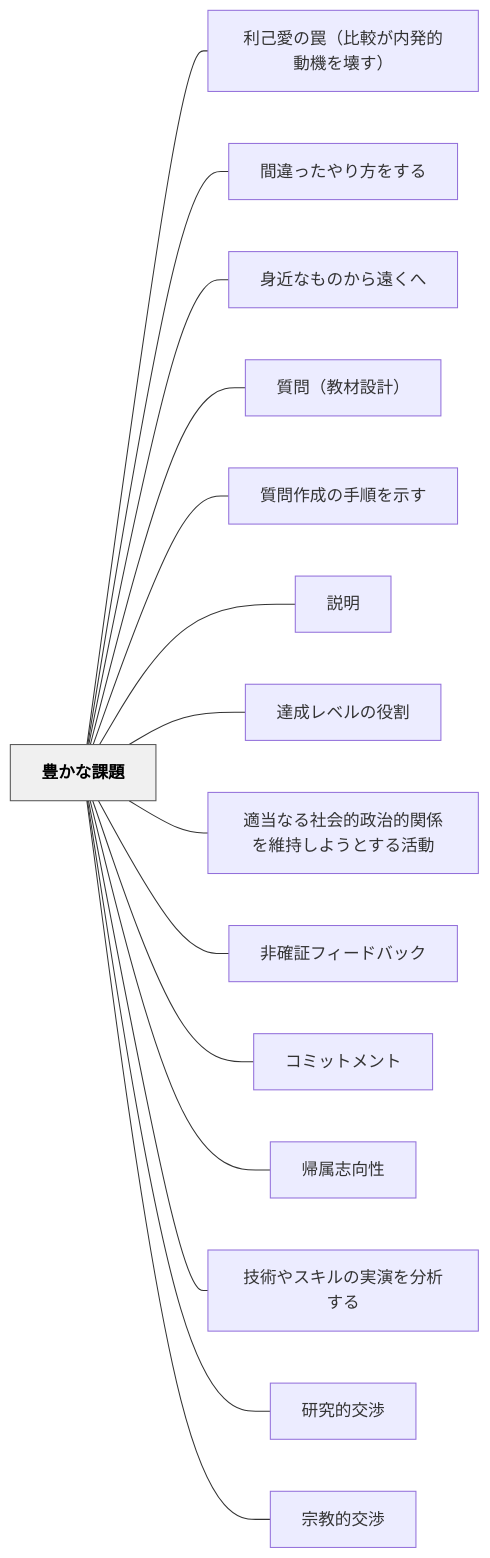
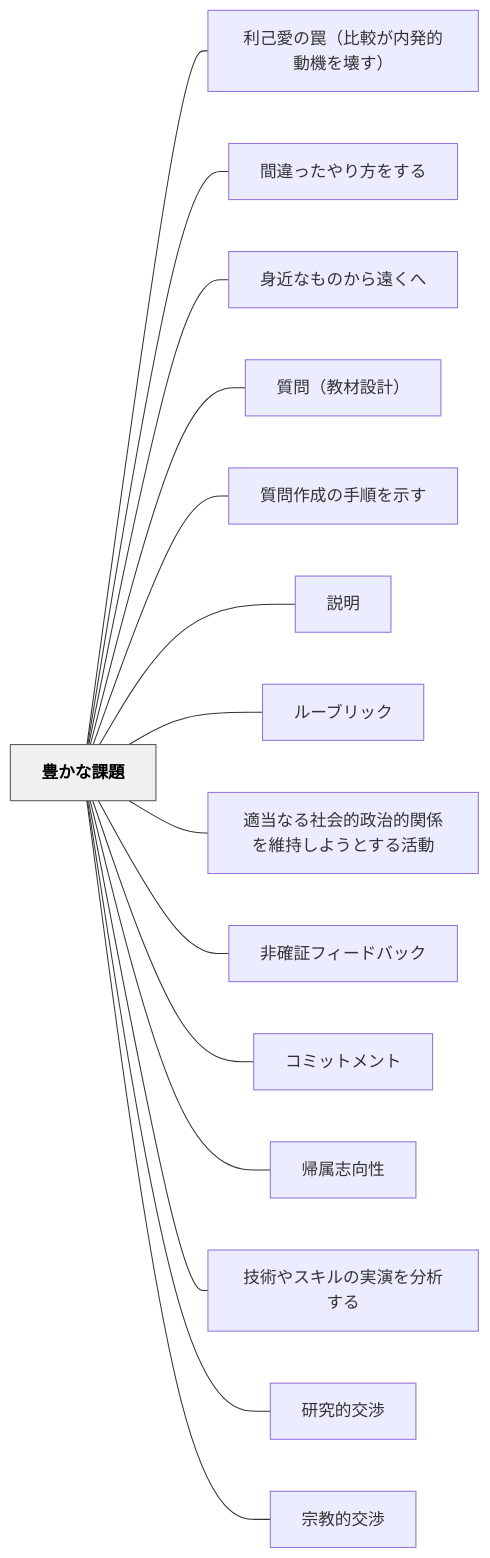
One commit to unknownthings-ed-patterns/unknownthings-ed-patterns changed the diagram in content/パタン/豊かな課題.md. Above: the diagram before and after it, drawn with Mermaid. The commit also changed other lines of this file and 26 other files, not shown here.

````diff
--- a/content/パタン/豊かな課題.md
+++ b/content/パタン/豊かな課題.md
@@ -214,36 +214,36 @@
 ```mermaid
 flowchart LR
     ne8b18ae3818be381aae8aab2e9a18c["豊かな課題"]
     ne588a9e5b7b1e6849be381aee7bda0efbc88e6af94e8bc83e3818ce58685e799bae79a84e58b95e6a99fe38292e5a38ae38199efbc89["利己愛の罠（比較が内発的動機を壊す）"]
     ne99693e98195e381a3e3819fe38284e3828ae696b9e38292e38199e3828b["間違ったやり方をする"]
     ne8baabe8bf91e381aae38282e381aee3818be38289e981a0e3818fe381b8["身近なものから遠くへ"]
     ne8b3aae5958fefbc88e69599e69d90e8a8ade8a888efbc89["質問（教材設計）"]
     ne8b3aae5958fe4bd9ce68890e381aee6898be9a086e38292e7a4bae38199["質問作成の手順を示す"]
     ne8aaace6988e["説明"]
-    ne98194e68890e383ace38399e383abe381aee5bdb9e589b2["達成レベルの役割"]
+    ne383abe383bce38396e383aae38383e382af["ルーブリック"]
     ne981a9e5bd93e381aae3828be7a4bee4bc9ae79a84e694bfe6b2bbe79a84e996a2e4bf82e38292e7b6ade68c81e38197e38288e38186e381a8e38199e3828be6b4bbe58b95["適当なる社会的政治的関係を維持しようとする活動"]
     ne99d9ee7a2bae8a8bce38395e382a3e383bce38389e38390e38383e382af["非確証フィードバック"]
     ne382b3e3839fe38383e38388e383a1e383b3e38388["コミットメント"]
     ne5b8b0e5b19ee5bf97e59091e680a7["帰属志向性"]
     ne68a80e8a193e38284e382b9e382ade383abe381aee5ae9fe6bc94e38292e58886e69e90e38199e3828b["技術やスキルの実演を分析する"]
     ne7a094e7a9b6e79a84e4baa4e6b889["研究的交渉"]
     ne5ae97e69599e79a84e4baa4e6b889["宗教的交渉"]
 
     ne8b18ae3818be381aae8aab2e9a18c --- ne588a9e5b7b1e6849be381aee7bda0efbc88e6af94e8bc83e3818ce58685e799bae79a84e58b95e6a99fe38292e5a38ae38199efbc89
     ne8b18ae3818be381aae8aab2e9a18c --- ne99693e98195e381a3e3819fe38284e3828ae696b9e38292e38199e3828b
     ne8b18ae3818be381aae8aab2e9a18c --- ne8baabe8bf91e381aae38282e381aee3818be38289e981a0e3818fe381b8
     ne8b18ae3818be381aae8aab2e9a18c --- ne8b3aae5958fefbc88e69599e69d90e8a8ade8a888efbc89
     ne8b18ae3818be381aae8aab2e9a18c --- ne8b3aae5958fe4bd9ce68890e381aee6898be9a086e38292e7a4bae38199
     ne8b18ae3818be381aae8aab2e9a18c --- ne8aaace6988e
-    ne8b18ae3818be381aae8aab2e9a18c --- ne98194e68890e383ace38399e383abe381aee5bdb9e589b2
+    ne8b18ae3818be381aae8aab2e9a18c --- ne383abe383bce38396e383aae38383e382af
     ne8b18ae3818be381aae8aab2e9a18c --- ne981a9e5bd93e381aae3828be7a4bee4bc9ae79a84e694bfe6b2bbe79a84e996a2e4bf82e38292e7b6ade68c81e38197e38288e38186e381a8e38199e3828be6b4bbe58b95
     ne8b18ae3818be381aae8aab2e9a18c --- ne99d9ee7a2bae8a8bce38395e382a3e383bce38389e38390e38383e382af
     ne8b18ae3818be381aae8aab2e9a18c --- ne382b3e3839fe38383e38388e383a1e383b3e38388
     ne8b18ae3818be381aae8aab2e9a18c --- ne5b8b0e5b19ee5bf97e59091e680a7
     ne8b18ae3818be381aae8aab2e9a18c --- ne68a80e8a193e38284e382b9e382ade383abe381aee5ae9fe6bc94e38292e58886e69e90e38199e3828b
     ne8b18ae3818be381aae8aab2e9a18c --- ne7a094e7a9b6e79a84e4baa4e6b889
     ne8b18ae3818be381aae8aab2e9a18c --- ne5ae97e69599e79a84e4baa4e6b889
 
     classDef hub fill:#f0f0f0,stroke:#555,color:#000,font-weight:bold
     class ne8b18ae3818be381aae8aab2e9a18c hub
 ```
````
